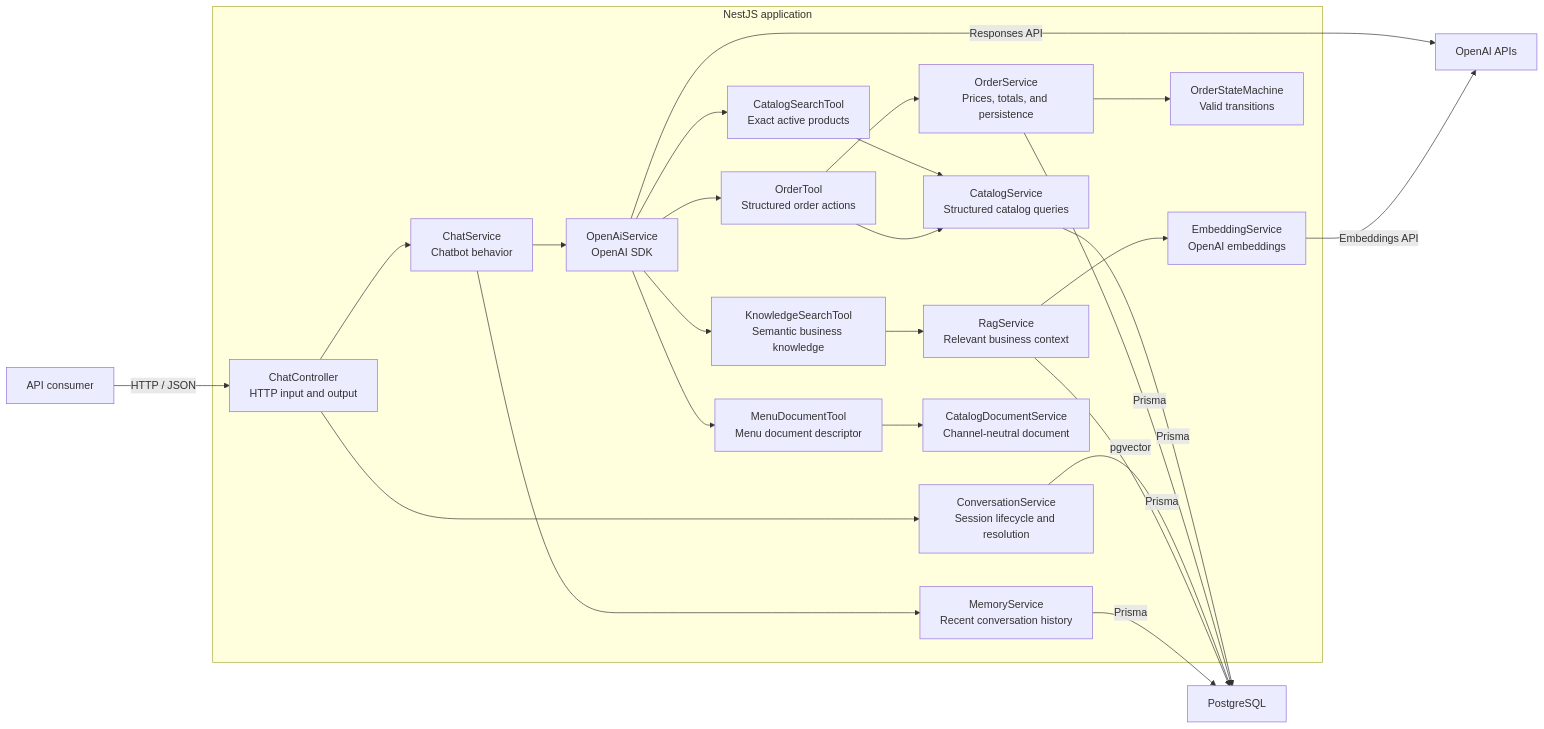
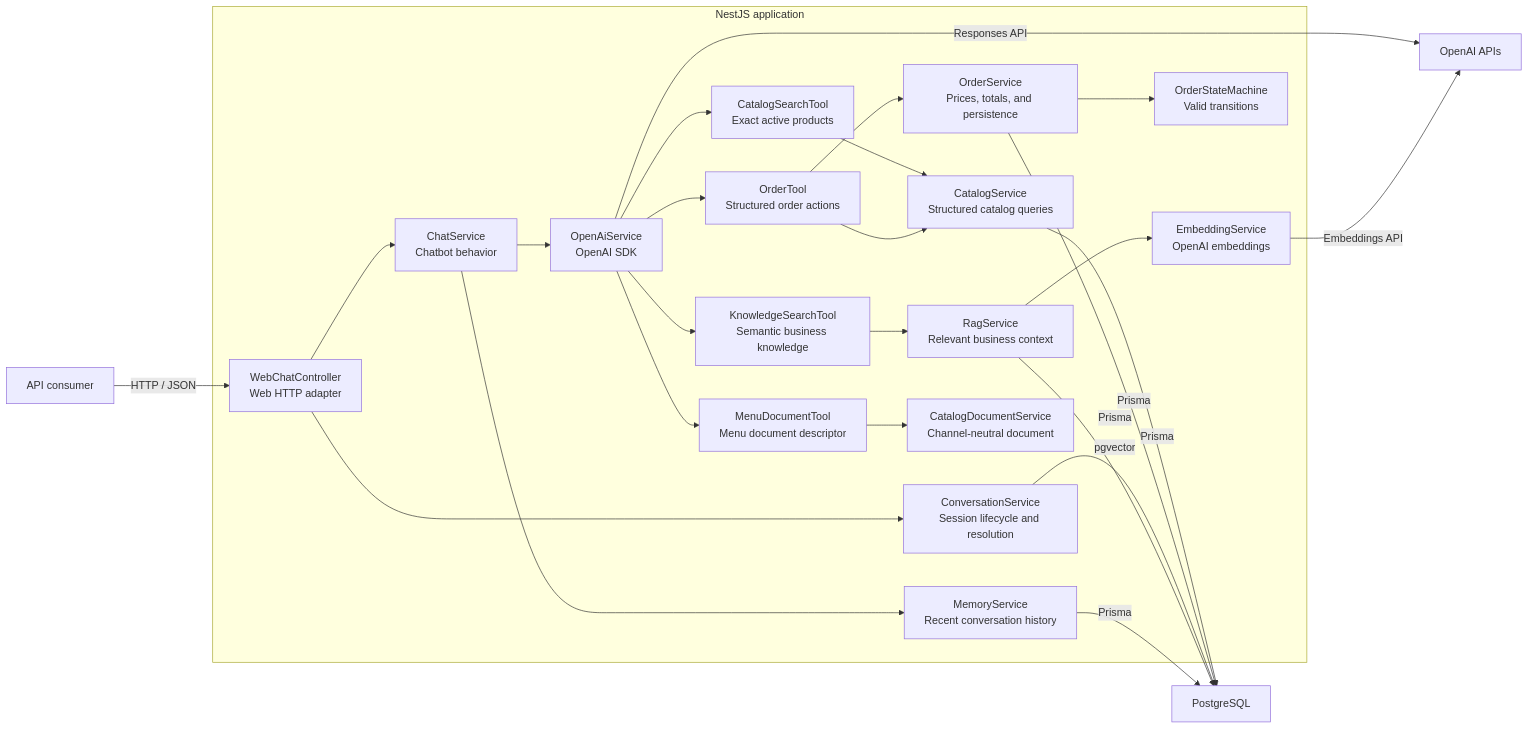
Before and after one commit to juanjosechiroque/nestjs-multichannel-ai-chatbot-engine: the diagram in ARCHITECTURE.md, drawn with Mermaid. The commit also changed other lines of this file and 10 other files, not shown here.

Commit message:
refactor: extract web channel adapter

````diff
--- a/ARCHITECTURE.md
+++ b/ARCHITECTURE.md
@@ -29,41 +29,41 @@
 ```mermaid
 flowchart LR
     client["API consumer"]
 
     subgraph app["NestJS application"]
-        controller["ChatController<br/>HTTP input and output"]
+        controller["WebChatController<br/>Web HTTP adapter"]
         conversation["ConversationService<br/>Session lifecycle and resolution"]
         chat["ChatService<br/>Chatbot behavior"]
         catalogTool["CatalogSearchTool<br/>Exact active products"]
         menuTool["MenuDocumentTool<br/>Menu document descriptor"]
         orderTool["OrderTool<br/>Structured order actions"]
         knowledgeTool["KnowledgeSearchTool<br/>Semantic business knowledge"]
         catalog["CatalogService<br/>Structured catalog queries"]
         rag["RagService<br/>Relevant business context"]
         embedding["EmbeddingService<br/>OpenAI embeddings"]
         memory["MemoryService<br/>Recent conversation history"]
         provider["OpenAiService<br/>OpenAI SDK"]
 
         controller --> conversation
         controller --> chat --> provider
         provider --> catalogTool --> catalog
         provider --> menuTool --> menuDocument["CatalogDocumentService<br/>Channel-neutral document"]
         provider --> orderTool --> catalog
         orderTool --> orders["OrderService<br/>Prices, totals, and persistence"]
         orders --> stateMachine["OrderStateMachine<br/>Valid transitions"]
         provider --> knowledgeTool --> rag --> embedding
         chat --> memory
     end
 
     openai["OpenAI APIs"]
     postgres["PostgreSQL"]
 
     client -->|"HTTP / JSON"| controller
     provider -->|"Responses API"| openai
     embedding -->|"Embeddings API"| openai
     catalog -->|"Prisma"| postgres
     orders -->|"Prisma"| postgres
     conversation -->|"Prisma"| postgres
     rag -->|"pgvector"| postgres
     memory -->|"Prisma"| postgres
 ```
````
